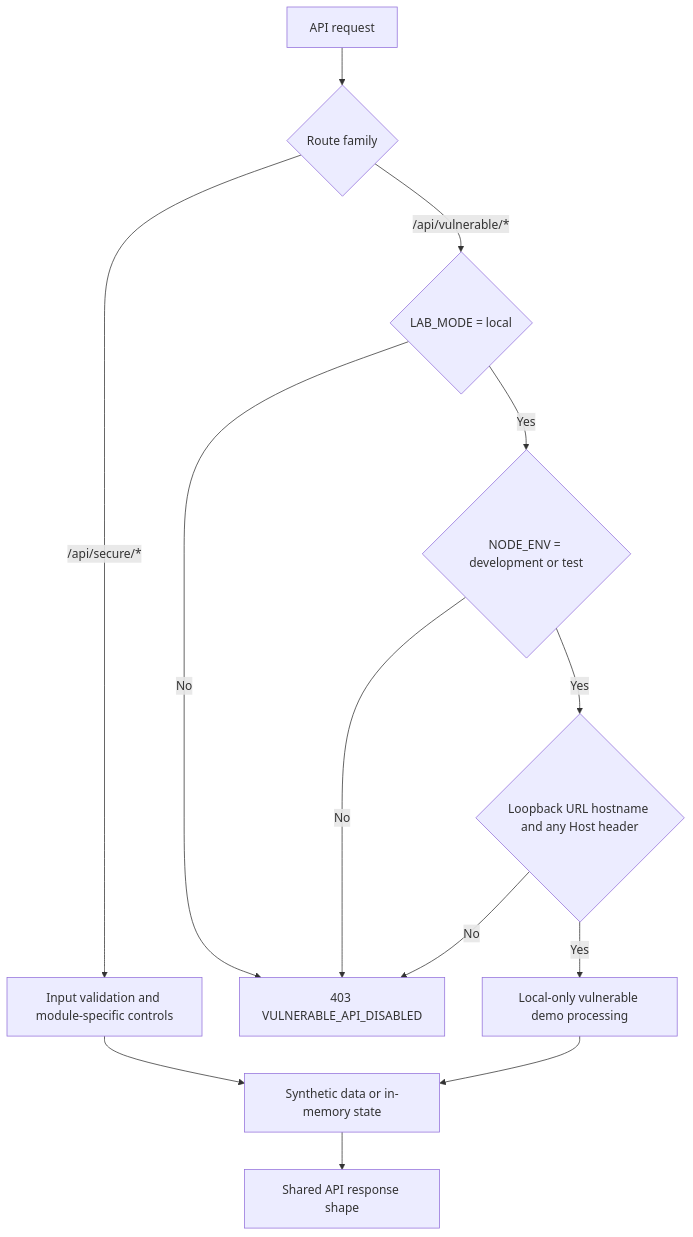
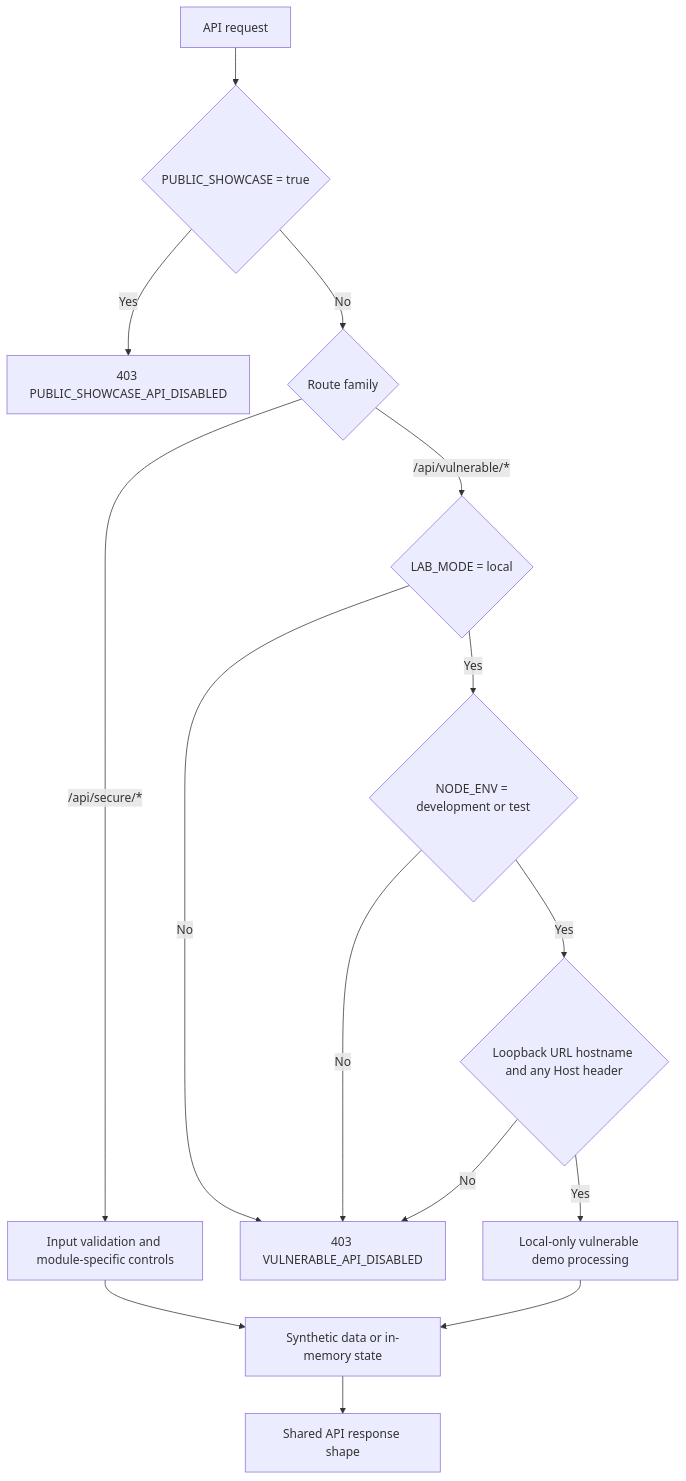
Before and after one commit to kiryu1211/api-security-lab-platform: the fifth of 8 diagrams in docs/design.en.md, drawn with Mermaid. The commit also changed other lines of this file and 23 other files, not shown here.

Commit message:
Add Cloudflare public showcase

````diff
--- a/docs/design.en.md
+++ b/docs/design.en.md
@@ -156,16 +158,18 @@
 ```mermaid
 flowchart TD
-    Request["API request"] --> Route{"Route family"}
+    Request["API request"] --> PublicShowcase{"PUBLIC_SHOWCASE = true"}
+    PublicShowcase -- "Yes" --> PublicDisabled["403 PUBLIC_SHOWCASE_API_DISABLED"]
+    PublicShowcase -- "No" --> Route{"Route family"}
     Route -- "/api/secure/*" --> SecureChecks["Input validation and module-specific controls"]
     SecureChecks --> SyntheticData["Synthetic data or in-memory state"]
     SyntheticData --> Response["Shared API response shape"]
 
     Route -- "/api/vulnerable/*" --> LocalMode{"LAB_MODE = local"}
     LocalMode -- "No" --> Disabled["403 VULNERABLE_API_DISABLED"]
     LocalMode -- "Yes" --> Runtime{"NODE_ENV = development or test"}
     Runtime -- "No" --> Disabled
     Runtime -- "Yes" --> Loopback{"Loopback URL hostname and any Host header"}
     Loopback -- "No" --> Disabled
     Loopback -- "Yes" --> VulnerableDemo["Local-only vulnerable demo processing"]
     VulnerableDemo --> SyntheticData
 ```
````
